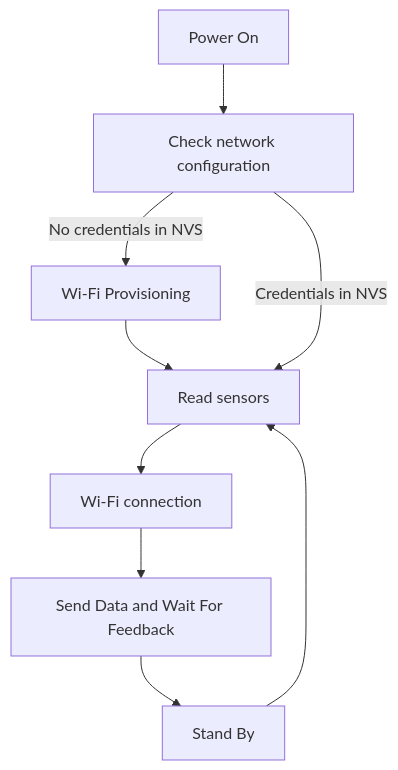
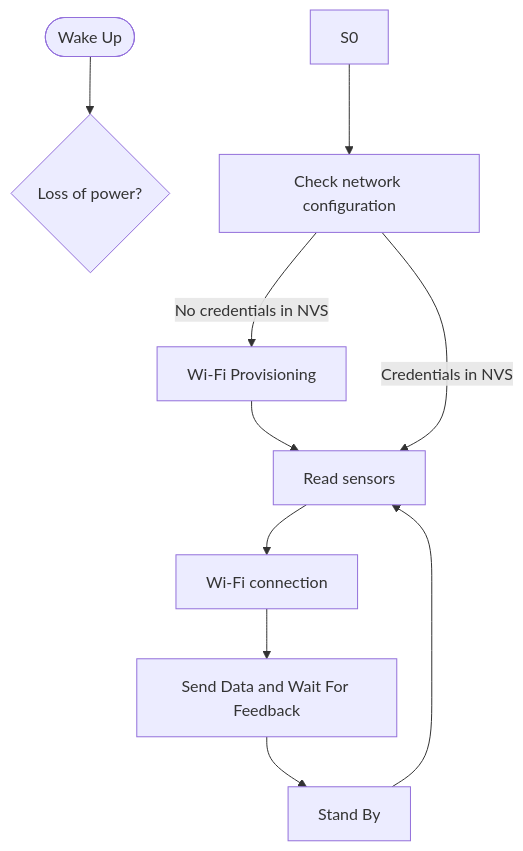
One commit to TheBigBoschi/TheBigBoschi.github.io changed the diagram in content/Programming/esp32-enviromental-data-acquisition-node:-software/index.md. Above: the diagram before and after it, drawn with Mermaid. The commit also changed other lines of this file and 18 other files, not shown here.

```diff
--- a/content/Programming/esp32-enviromental-data-acquisition-node:-software/index.md
+++ b/content/Programming/esp32-enviromental-data-acquisition-node:-software/index.md
@@ -26,20 +27,20 @@
 {{< mermaid >}}
     graph TD;
 
-    S0[Power On]
+    Start([Wake Up]) --> asd{Loss of power?}
     S1[Check network configuration]
     S2[Wi-Fi Provisioning]
     S3[Read sensors]
     S4[Wi-Fi connection]
     S5[Send Data and Wait For Feedback]
     S6[Stand By]
     S0 --> S1
     S1 -- No credentials in NVS --> S2
     S2 --> S3
     S1 -- Credentials in NVS--> S3
     S3 --> S4
     S4 --> S5
     S5 --> S6
     S6 --> S3
 
 {{< /mermaid >}}
```
